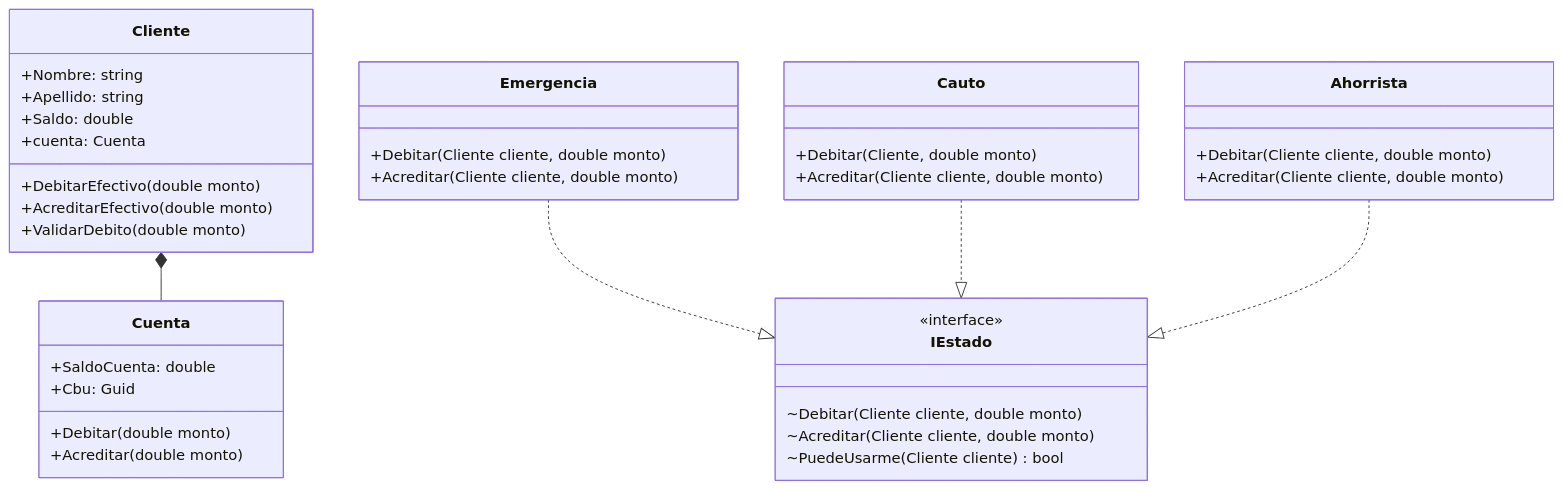
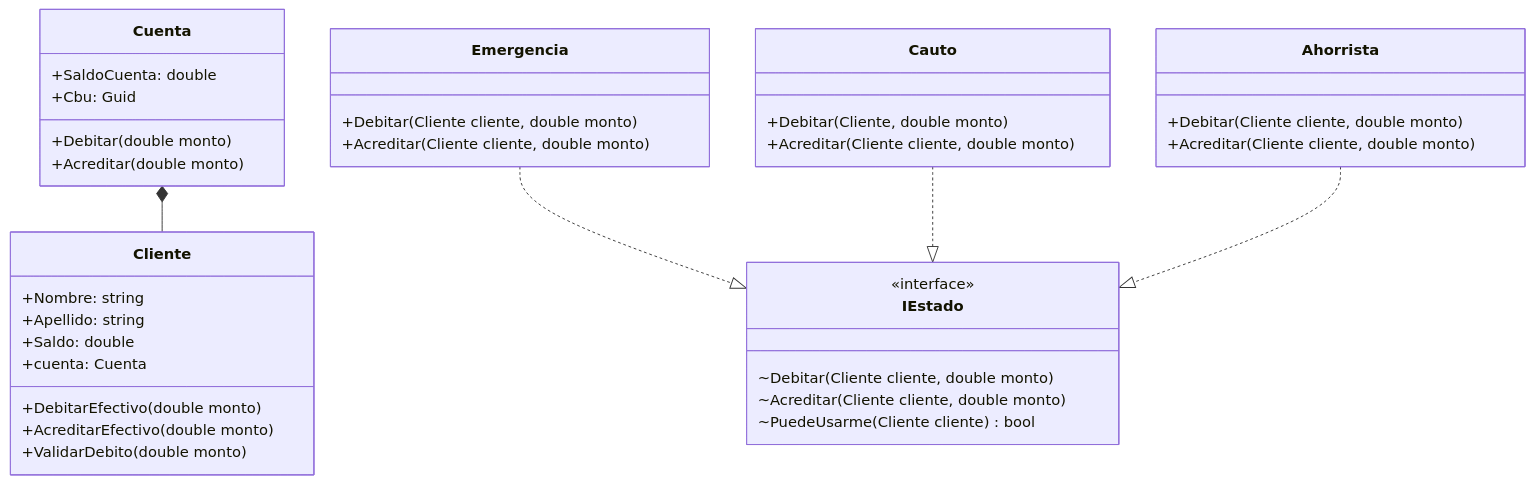
The diagram in README.md (frank321312/C-_Biblioteca), drawn with Mermaid before and after one commit. The commit also changed 3 other files, not shown here.

````diff
--- a/README.md
+++ b/README.md
@@ -3,47 +3,47 @@
 ```mermaid
 classDiagram
 
 class Cliente {
     +Nombre: string
     +Apellido: string
     +Saldo: double
     +cuenta: Cuenta
     +DebitarEfectivo(double monto)
     +AcreditarEfectivo(double monto)
     +ValidarDebito(double monto)
 }
 
 class Cuenta {
     +SaldoCuenta: double
     +Cbu: Guid
     +Debitar(double monto)
     +Acreditar(double monto)
 }
 
 class IEstado {
     <<interface>>
     ~Debitar(Cliente cliente, double monto)
     ~Acreditar(Cliente cliente, double monto)
     ~PuedeUsarme(Cliente cliente) bool
 }
 
 class Cauto {
     +Debitar(Cliente, double monto)
     +Acreditar(Cliente cliente, double monto)    
 }
 
 class Emergencia {
     +Debitar(Cliente cliente, double monto)
     +Acreditar(Cliente cliente, double monto)    
 }
 
 class Ahorrista {
     +Debitar(Cliente cliente, double monto)
     +Acreditar(Cliente cliente, double monto)    
 }
 
 Emergencia ..|> IEstado
 Cauto ..|> IEstado
 Ahorrista ..|> IEstado
-Cliente *-- Cuenta
+Cuenta *-- Cliente
 ```
````
